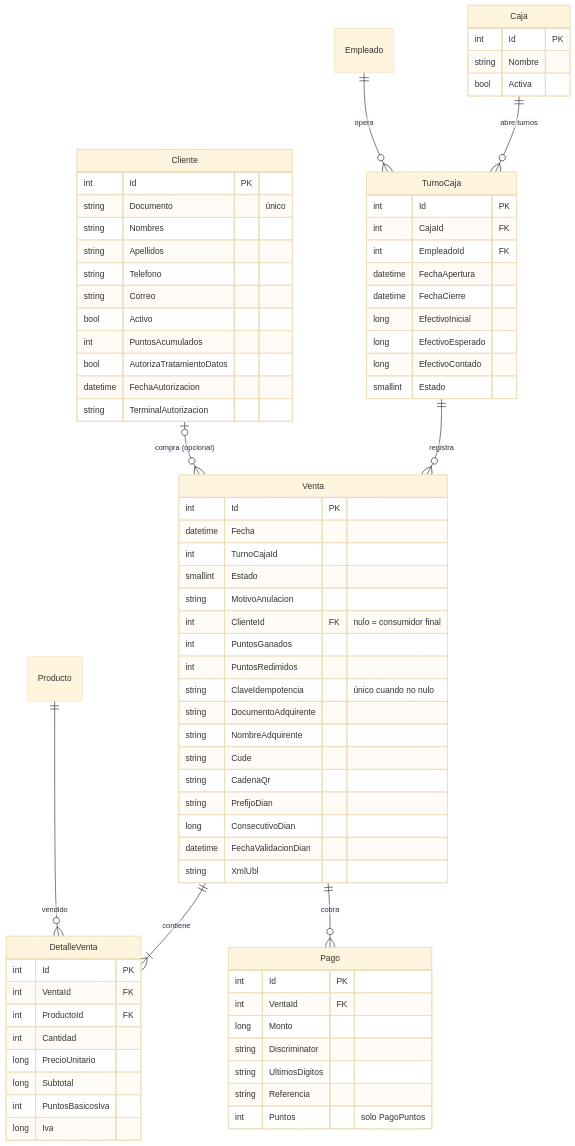
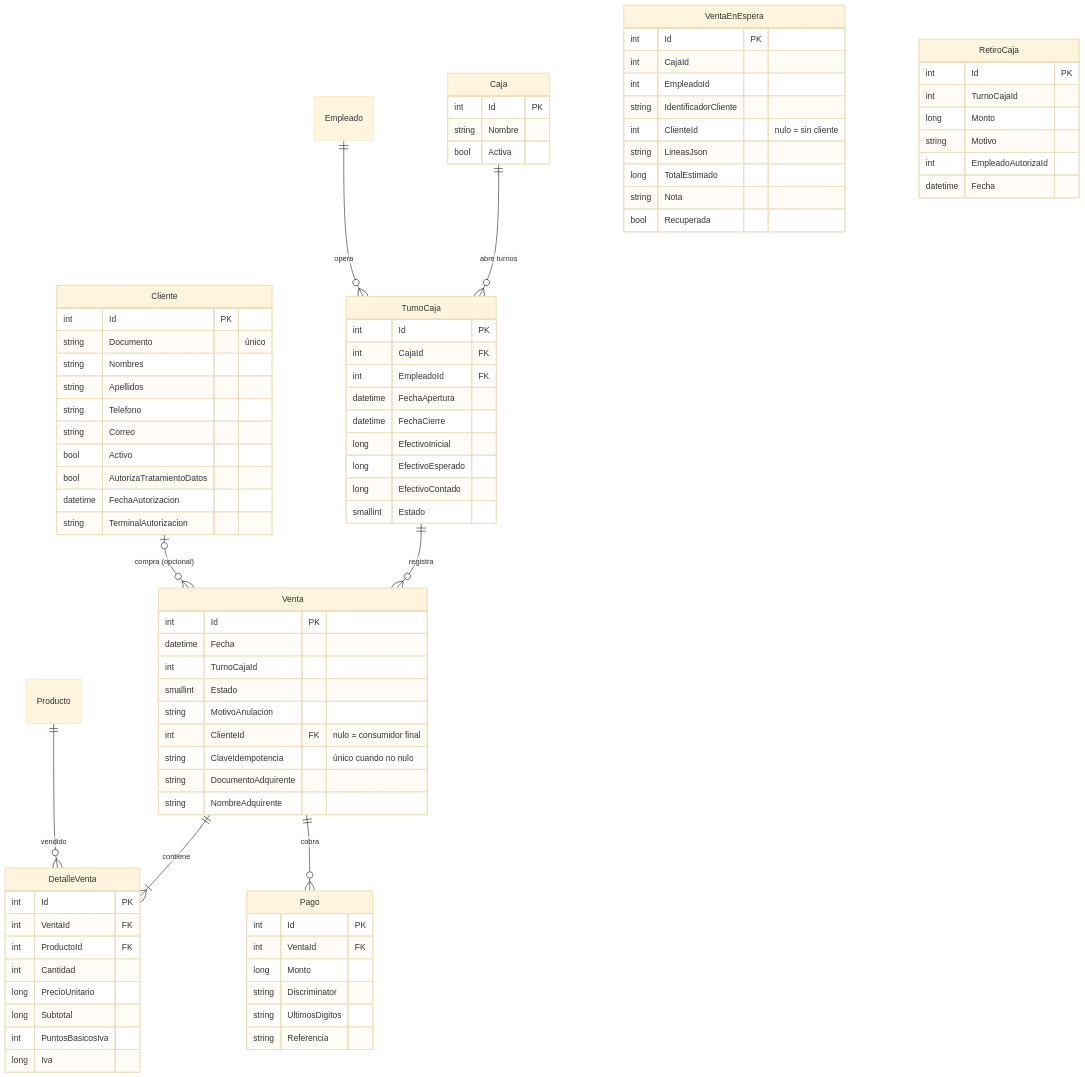
Before and after one commit to Brimx/SIGS: the third of 6 diagrams in docs/modelo-er.md, drawn with Mermaid (base theme). The commit also changed other lines of this file and 13 other files, not shown here.

````diff
--- a/docs/modelo-er.md
+++ b/docs/modelo-er.md
@@ -135,17 +135,9 @@
         smallint Estado
         string MotivoAnulacion
         int ClienteId FK "nulo = consumidor final"
-        int PuntosGanados
-        int PuntosRedimidos
         string ClaveIdempotencia "único cuando no nulo"
         string DocumentoAdquirente
         string NombreAdquirente
-        string Cude
-        string CadenaQr
-        string PrefijoDian
-        long ConsecutivoDian
-        datetime FechaValidacionDian
-        string XmlUbl
     }
     Cliente {
         int Id PK
@@ -155,7 +147,6 @@
         string Telefono
         string Correo
         bool Activo
-        int PuntosAcumulados
         bool AutorizaTratamientoDatos
         datetime FechaAutorizacion
         string TerminalAutorizacion
@@ -177,6 +168,24 @@
         string Discriminator
         string UltimosDigitos
         string Referencia
-        int Puntos "solo PagoPuntos"
+    }
+    VentaEnEspera {
+        int Id PK
+        int CajaId
+        int EmpleadoId
+        string IdentificadorCliente
+        int ClienteId "nulo = sin cliente"
+        string LineasJson
+        long TotalEstimado
+        string Nota
+        bool Recuperada
+    }
+    RetiroCaja {
+        int Id PK
+        int TurnoCajaId
+        long Monto
+        string Motivo
+        int EmpleadoAutorizaId
+        datetime Fecha
     }
 ```
````
